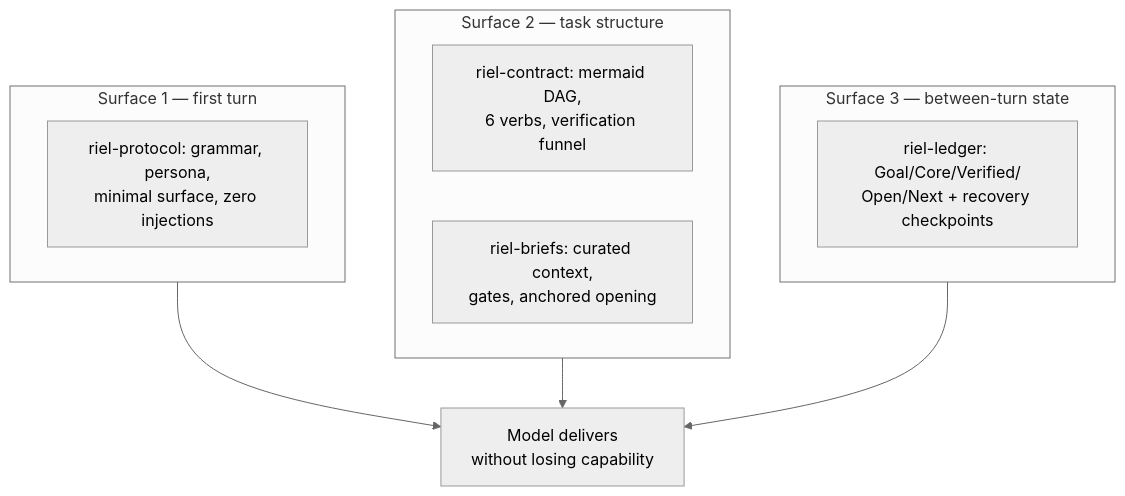
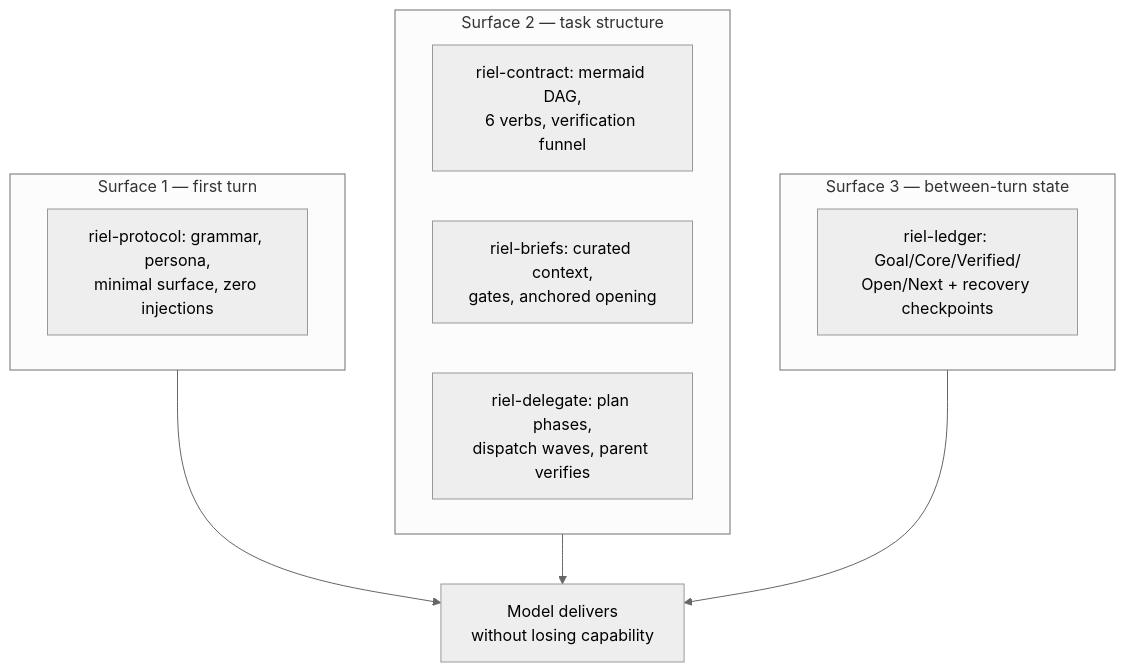
The second of 3 diagrams in README.md (alvarolizama/riel), drawn with Mermaid (neutral theme) before and after one commit. The commit also changed other lines of this file and 3 other files, not shown here.

First line of the commit message:
feat: add riel-delegate skill — delegation end-to-end + updated infographic

````diff
--- a/README.md
+++ b/README.md
@@ -38,16 +39,17 @@
 ```mermaid
 flowchart TD
   subgraph S1["Surface 1 — first turn"]
     A["riel-protocol: grammar, persona,\nminimal surface, zero injections"]
   end
   subgraph S2["Surface 2 — task structure"]
     B["riel-contract: mermaid DAG,\n6 verbs, verification funnel"]
     C["riel-briefs: curated context,\ngates, anchored opening"]
+    E["riel-delegate: plan phases,\ndispatch waves, parent verifies"]
   end
   subgraph S3["Surface 3 — between-turn state"]
     D["riel-ledger: Goal/Core/Verified/\nOpen/Next + recovery checkpoints"]
   end
   S1 --> M["Model delivers\nwithout losing capability"]
   S2 --> M
   S3 --> M
 ```
````
